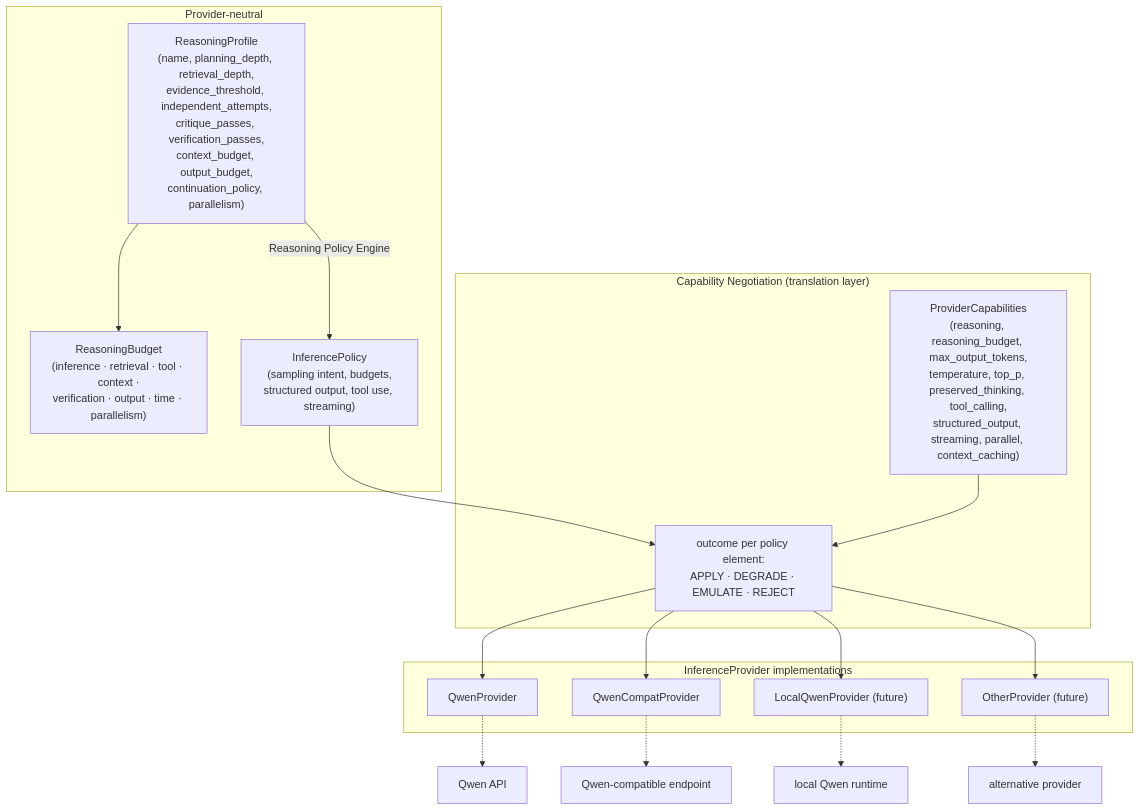
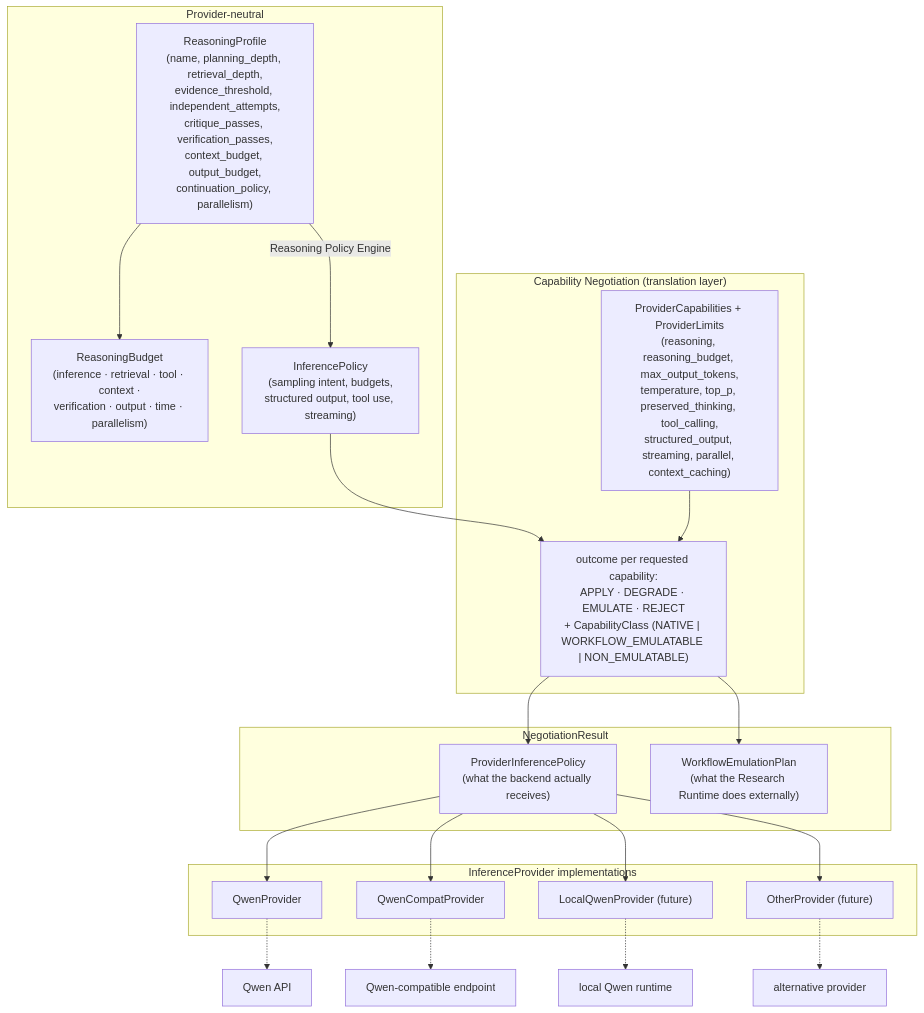
One commit to mitem743351/qwen changed the first of 2 diagrams in docs/architecture/diagrams/inference-abstraction.md. Above: the diagram before and after it, drawn with Mermaid. The commit also changed other lines of this file and 10 other files, not shown here.

First line of the commit message:
Phase 1.2: separate native and emulated capability semantics

````diff
--- a/docs/architecture/diagrams/inference-abstraction.md
+++ b/docs/architecture/diagrams/inference-abstraction.md
@@ -3,34 +3,41 @@
 ```mermaid
 flowchart TD
     subgraph POLICY["Provider-neutral"]
         RP["ReasoningProfile<br/>(name, planning_depth, retrieval_depth,<br/>evidence_threshold, independent_attempts,<br/>critique_passes, verification_passes,<br/>context_budget, output_budget,<br/>continuation_policy, parallelism)"]
         RB["ReasoningBudget<br/>(inference · retrieval · tool · context ·<br/>verification · output · time · parallelism)"]
         IP["InferencePolicy<br/>(sampling intent, budgets,<br/>structured output, tool use, streaming)"]
     end
 
     subgraph SEAM["Capability Negotiation (translation layer)"]
-        CAP["ProviderCapabilities<br/>(reasoning, reasoning_budget, max_output_tokens,<br/>temperature, top_p, preserved_thinking, tool_calling,<br/>structured_output, streaming, parallel, context_caching)"]
-        NEG["outcome per policy element:<br/>APPLY · DEGRADE · EMULATE · REJECT"]
+        CAP["ProviderCapabilities + ProviderLimits<br/>(reasoning, reasoning_budget, max_output_tokens,<br/>temperature, top_p, preserved_thinking, tool_calling,<br/>structured_output, streaming, parallel, context_caching)"]
+        NEG["outcome per requested capability:<br/>APPLY · DEGRADE · EMULATE · REJECT<br/>+ CapabilityClass (NATIVE | WORKFLOW_EMULATABLE | NON_EMULATABLE)"]
+    end
+
+    subgraph RESULT["NegotiationResult"]
+        PP["ProviderInferencePolicy<br/>(what the backend actually receives)"]
+        WP["WorkflowEmulationPlan<br/>(what the Research Runtime does externally)"]
     end
 
     subgraph PROVIDERS["InferenceProvider implementations"]
         Q1["QwenProvider"]
         Q2["QwenCompatProvider"]
         Q3["LocalQwenProvider (future)"]
         Q4["OtherProvider (future)"]
     end
 
     RP --> RB
     RP -->|"Reasoning Policy Engine"| IP
     IP --> NEG
     CAP --> NEG
-    NEG --> Q1
-    NEG --> Q2
-    NEG --> Q3
-    NEG --> Q4
+    NEG --> PP
+    NEG --> WP
+    PP --> Q1
+    PP --> Q2
+    PP --> Q3
+    PP --> Q4
 
     Q1 -.-> B1["Qwen API"]
     Q2 -.-> B2["Qwen-compatible endpoint"]
     Q3 -.-> B3["local Qwen runtime"]
     Q4 -.-> B4["alternative provider"]
 ```
````
